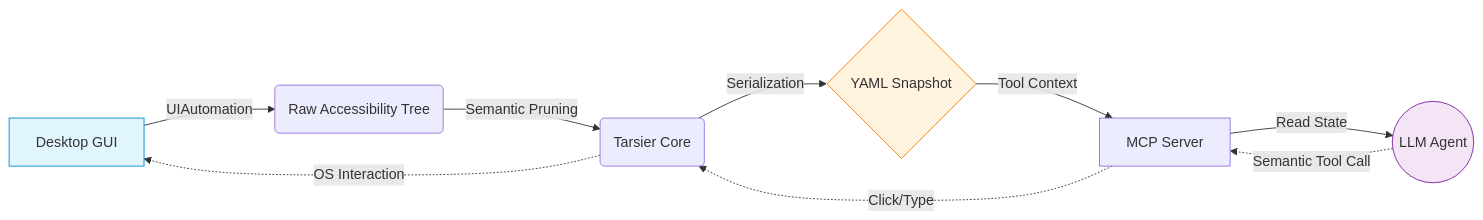
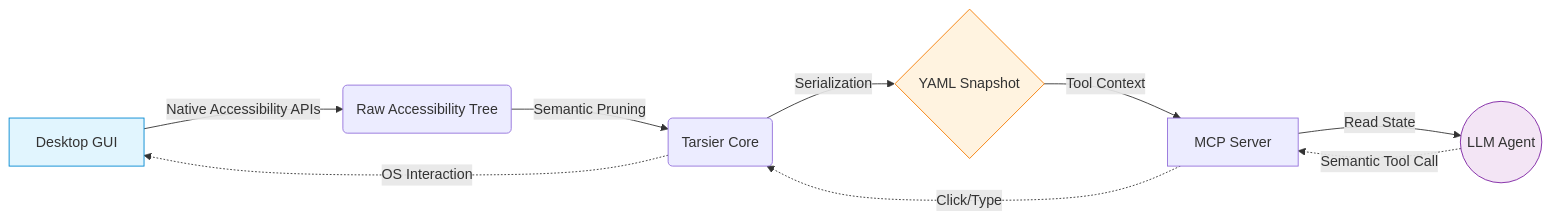
One commit to siddzzzz/Tarsier changed the diagram in README.md. Above: the diagram before and after it, drawn with Mermaid. The commit also changed other lines of this file, not shown here.

````diff
--- a/README.md
+++ b/README.md
@@ -35,15 +41,15 @@
 ```mermaid
 graph LR
-    A[Desktop GUI] -->|UIAutomation| B(Raw Accessibility Tree)
+    A[Desktop GUI] -->|Native Accessibility APIs| B(Raw Accessibility Tree)
     B -->|Semantic Pruning| C(Tarsier Core)
     C -->|Serialization| D{YAML Snapshot}
     D -->|Tool Context| E[MCP Server]
     E -->|Read State| F((LLM Agent))
     F -.->|Semantic Tool Call| E
     E -.->|Click/Type| C
     C -.->|OS Interaction| A
     
     style A fill:#e1f5fe,stroke:#0288d1
     style D fill:#fff3e0,stroke:#f57c00
     style F fill:#f3e5f5,stroke:#7b1fa2
 ```
````
